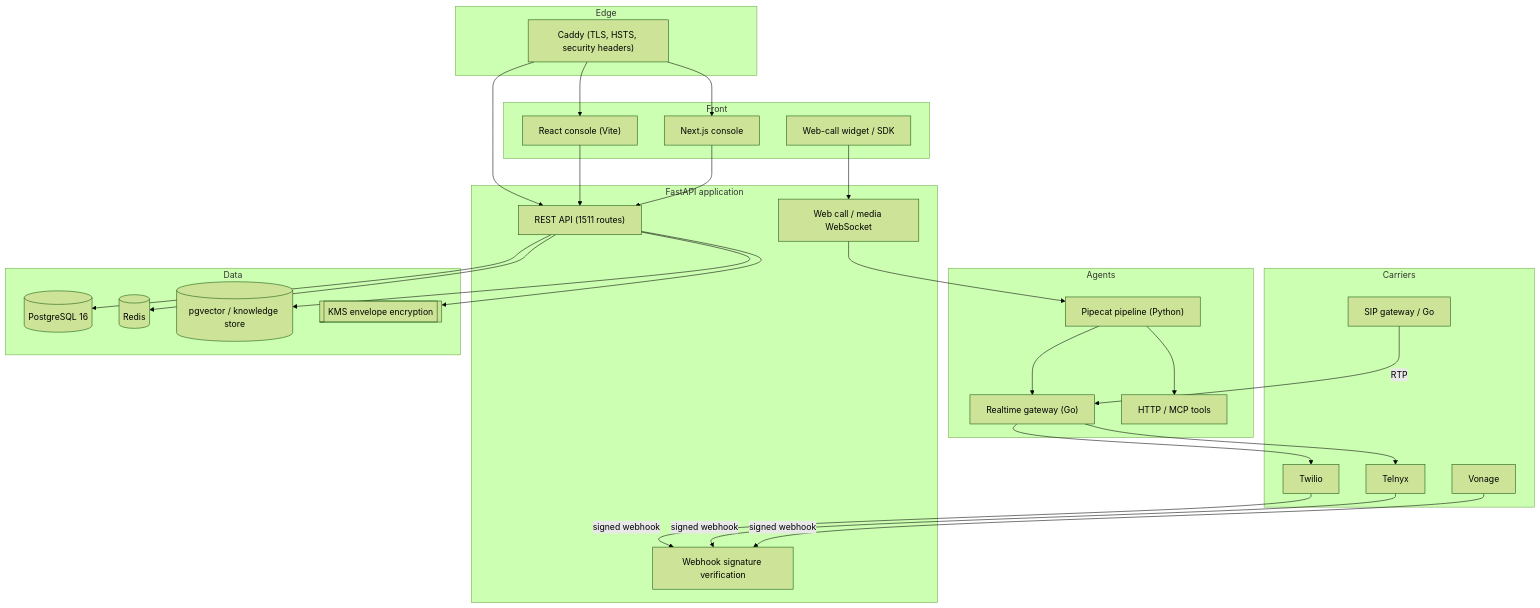
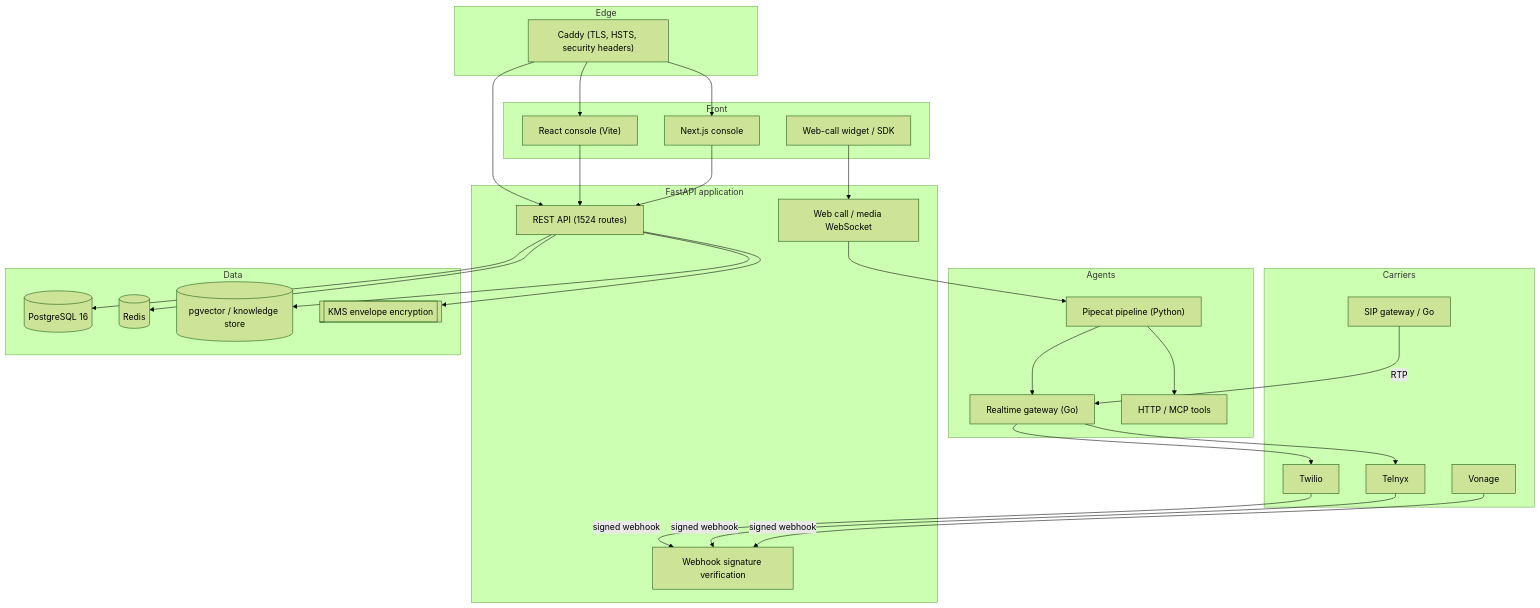
The diagram in voxdesk-call/README.md (Ainul-550Islam/voxdesk-call-ainul-islam), drawn with Mermaid (forest theme) before and after one commit. The commit also changed other lines of this file and 295 other files, not shown here.

````diff
--- a/voxdesk-call/README.md
+++ b/voxdesk-call/README.md
@@ -12,53 +12,53 @@
 ```mermaid
 flowchart TB
     subgraph Edge
         Caddy["Caddy (TLS, HSTS, security headers)"]
     end
     subgraph Carriers
         Twilio[Twilio]
         Telnyx[Telnyx]
         Vonage[Vonage]
         SIP[SIP gateway / Go]
     end
     subgraph App["FastAPI application"]
-        API["REST API (1511 routes)"]
+        API["REST API (1524 routes)"]
         WS["Web call / media WebSocket"]
         Wh[Webhook signature verification]
     end
     subgraph Agents
         Pipe["Pipecat pipeline (Python)"]
         RT["Realtime gateway (Go)"]
         Tools["HTTP / MCP tools"]
     end
     subgraph Data
         PG[("PostgreSQL 16")]
         Redis[("Redis")]
         Vec[("pgvector / knowledge store")]
         KMS[["KMS envelope encryption"]]
     end
     subgraph Front
         Dash["React console (Vite)"]
         Next["Next.js console"]
         Widget["Web-call widget / SDK"]
     end
 
     Twilio -->|signed webhook| Wh
     Telnyx -->|signed webhook| Wh
     Vonage -->|signed webhook| Wh
     SIP -->|RTP| RT
     Caddy --> API
     Caddy --> Dash
     Caddy --> Next
     Widget --> WS
     WS --> Pipe
     API --> PG
     API --> Redis
     API --> Vec
     API --> KMS
     Pipe --> Tools
     Pipe --> RT
     RT --> Twilio
     RT --> Telnyx
     Dash --> API
     Next --> API
 ```
````
